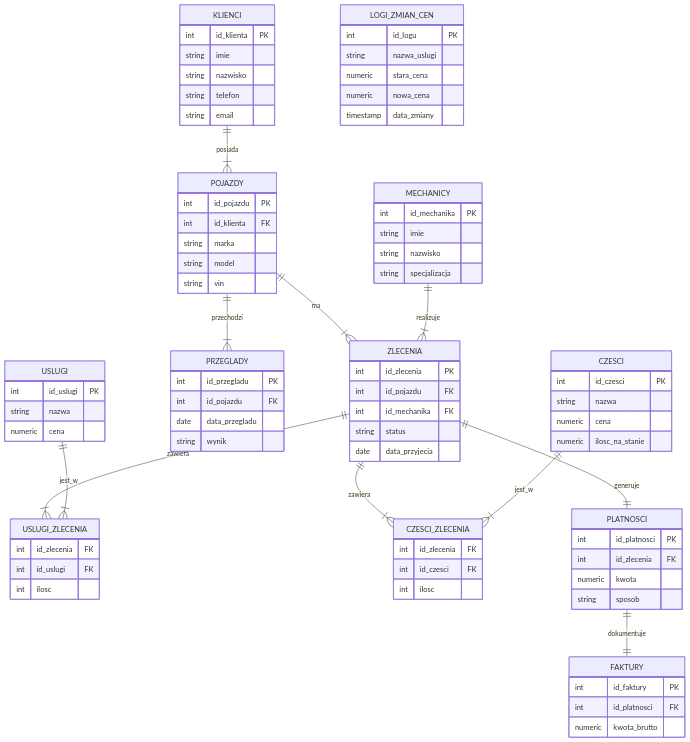
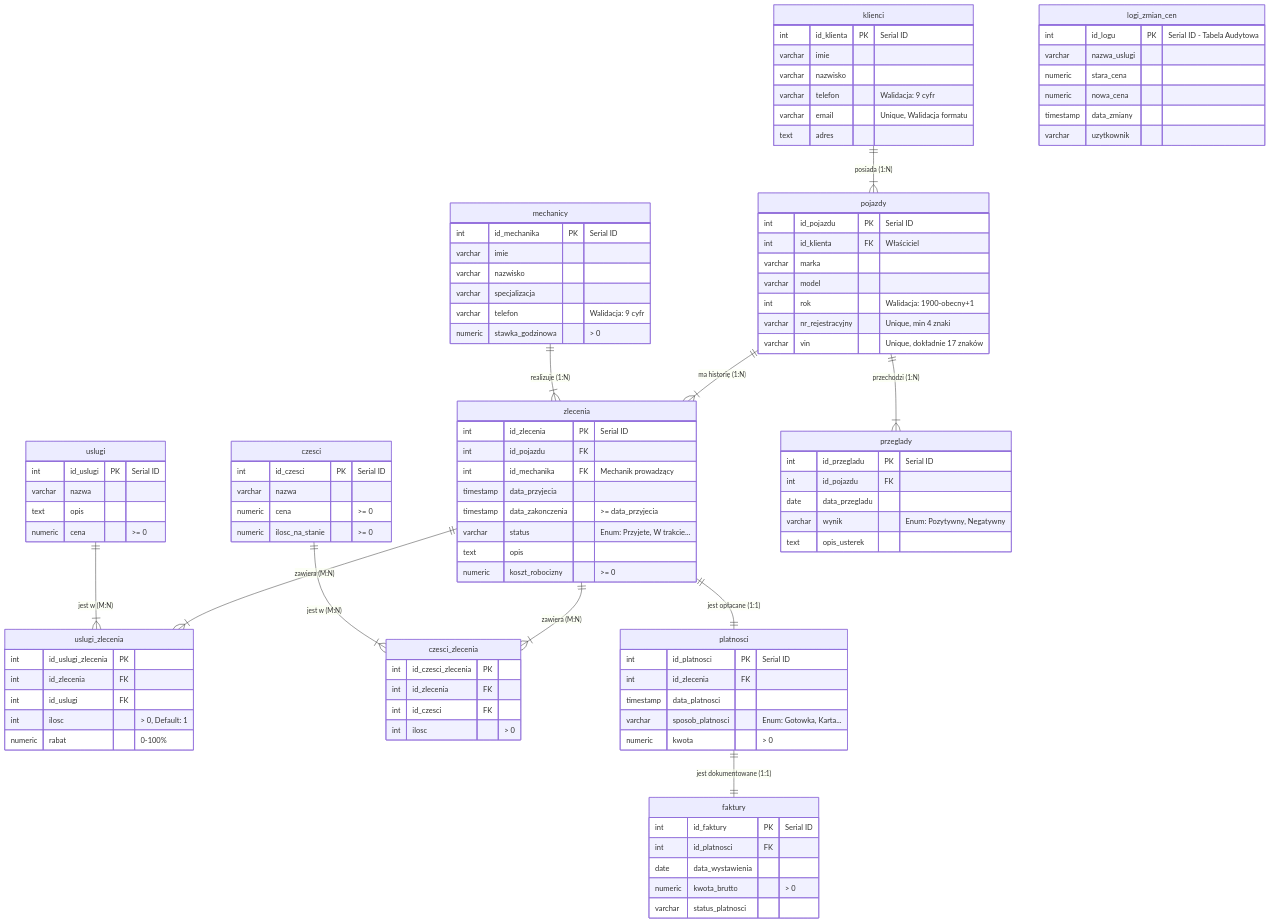
One commit to Tharon23/Bazy-Danych-Projekt changed the diagram in README.md. Above: the diagram before and after it, drawn with Mermaid. The commit also changed other lines of this file and 31 other files, not shown here.

````diff
--- a/README.md
+++ b/README.md
@@ -15,110 +15,117 @@
 ```mermaid
 erDiagram
-    KLIENCI ||--|{ POJAZDY : posiada
-    POJAZDY ||--|{ ZLECENIA : ma
-    POJAZDY ||--|{ PRZEGLADY : przechodzi
-    MECHANICY ||--|{ ZLECENIA : realizuje
-
-    ZLECENIA ||--|{ USLUGI_ZLECENIA : zawiera
-    ZLECENIA ||--|{ CZESCI_ZLECENIA : zawiera
-    USLUGI ||--|{ USLUGI_ZLECENIA : jest_w
-    CZESCI ||--|{ CZESCI_ZLECENIA : jest_w
-
-    ZLECENIA ||--|| PLATNOSCI : generuje
-    PLATNOSCI ||--|| FAKTURY : dokumentuje
-
-    %% Tabela KLIENCI
-    KLIENCI {
-        int id_klienta PK
-        string imie
-        string nazwisko
-        string telefon
-        string email
+    klienci {
+        int id_klienta PK "Serial ID"
+        varchar imie
+        varchar nazwisko
+        varchar telefon "Walidacja: 9 cyfr"
+        varchar email "Unique, Walidacja formatu"
+        text adres
     }
 
-    %% Tabela POJAZDY
-    POJAZDY {
-        int id_pojazdu PK
-        int id_klienta FK
-        string marka
-        string model
-        string vin
+    pojazdy {
+        int id_pojazdu PK "Serial ID"
+        int id_klienta FK "Właściciel"
+        varchar marka
+        varchar model
+        int rok "Walidacja: 1900-obecny+1"
+        varchar nr_rejestracyjny "Unique, min 4 znaki"
+        varchar vin "Unique, dokładnie 17 znaków"
     }
 
-    %% Tabela ZLECENIA
-    ZLECENIA {
-        int id_zlecenia PK
-        int id_pojazdu FK
-        int id_mechanika FK
-        string status
-        date data_przyjecia
+    mechanicy {
+        int id_mechanika PK "Serial ID"
+        varchar imie
+        varchar nazwisko
+        varchar specjalizacja
+        varchar telefon "Walidacja: 9 cyfr"
+        numeric stawka_godzinowa "> 0"
     }
 
-    %% Tabela MECHANICY
-    MECHANICY {
-        int id_mechanika PK
-        string imie
-        string nazwisko
-        string specjalizacja
+    zlecenia {
+        int id_zlecenia PK "Serial ID"
+        int id_pojazdu FK
+        int id_mechanika FK "Mechanik prowadzący"
+        timestamp data_przyjecia
+        timestamp data_zakonczenia ">= data_przyjecia"
+        varchar status "Enum: Przyjete, W trakcie..."
+        text opis
+        numeric koszt_robocizny ">= 0"
     }
 
-    %% Tabela CZESCI (Magazyn)
-    CZESCI {
-        int id_czesci PK
-        string nazwa
-        numeric cena
-        numeric ilosc_na_stanie
+    uslugi {
+        int id_uslugi PK "Serial ID"
+        varchar nazwa
+        text opis
+        numeric cena ">= 0"
     }
 
-    %% Tabela USLUGI (Cennik)
-    USLUGI {
-        int id_uslugi PK
-        string nazwa
-        numeric cena
+    czesci {
+        int id_czesci PK "Serial ID"
+        varchar nazwa
+        numeric cena ">= 0"
+        numeric ilosc_na_stanie ">= 0"
     }
 
-    %% Tabela PRZEGLADY (Przywrocona)
-    PRZEGLADY {
-        int id_przegladu PK
+    uslugi_zlecenia {
+        int id_uslugi_zlecenia PK
+        int id_zlecenia FK
+        int id_uslugi FK
+        int ilosc "> 0, Default: 1"
+        numeric rabat "0-100%"
+    }
+
+    czesci_zlecenia {
+        int id_czesci_zlecenia PK
+        int id_zlecenia FK
+        int id_czesci FK
+        int ilosc "> 0"
+    }
+
+    platnosci {
+        int id_platnosci PK "Serial ID"
+        int id_zlecenia FK
+        timestamp data_platnosci
+        varchar sposob_platnosci "Enum: Gotowka, Karta..."
+        numeric kwota "> 0"
+    }
+
+    faktury {
+        int id_faktury PK "Serial ID"
+        int id_platnosci FK
+        date data_wystawienia
+        numeric kwota_brutto "> 0"
+        varchar status_platnosci
+    }
+
+    przeglady {
+        int id_przegladu PK "Serial ID"
         int id_pojazdu FK
         date data_przegladu
-        string wynik
+        varchar wynik "Enum: Pozytywny, Negatywny"
+        text opis_usterek
     }
 
-    %% Tabela PLATNOSCI
-    PLATNOSCI {
-        int id_platnosci PK
-        int id_zlecenia FK
-        numeric kwota
-        string sposob
-    }
-
-    %% Tabela FAKTURY
-    FAKTURY {
-        int id_faktury PK
-        int id_platnosci FK
-        numeric kwota_brutto
-    }
-
-    %% TABELE LACZACE
-    USLUGI_ZLECENIA {
-        int id_zlecenia FK
-        int id_uslugi FK
-        int ilosc
-    }
-
-    CZESCI_ZLECENIA {
-        int id_zlecenia FK
-        int id_czesci FK
-        int ilosc
-    }
-
-    %% NOWA TABELA (Logi) - stoi obok, bez relacji
-    LOGI_ZMIAN_CEN {
-        int id_logu PK
-        string nazwa_uslugi
+    logi_zmian_cen {
+        int id_logu PK "Serial ID - Tabela Audytowa"
+        varchar nazwa_uslugi
         numeric stara_cena
         numeric nowa_cena
         timestamp data_zmiany
+        varchar uzytkownik
     }
+
+    klienci ||--|{ pojazdy : "posiada (1:N)"
+    pojazdy ||--|{ zlecenia : "ma historię (1:N)"
+    pojazdy ||--|{ przeglady : "przechodzi (1:N)"
+    mechanicy ||--|{ zlecenia : "realizuje (1:N)"
+
+    zlecenia ||--|{ uslugi_zlecenia : "zawiera (M:N)"
+    uslugi ||--|{ uslugi_zlecenia : "jest w (M:N)"
+
+    zlecenia ||--|{ czesci_zlecenia : "zawiera (M:N)"
+    czesci ||--|{ czesci_zlecenia : "jest w (M:N)"
+
+    zlecenia ||--|| platnosci : "jest opłacane (1:1)"
+    platnosci ||--|| faktury : "jest dokumentowane (1:1)"
 ```
````
